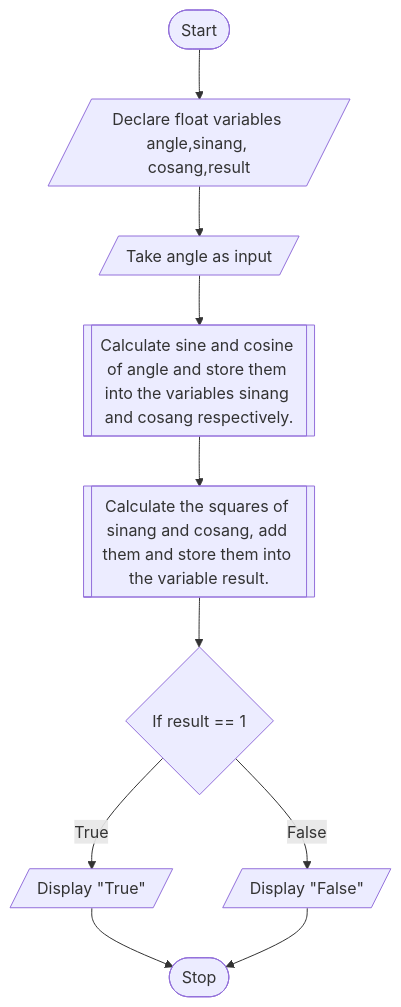
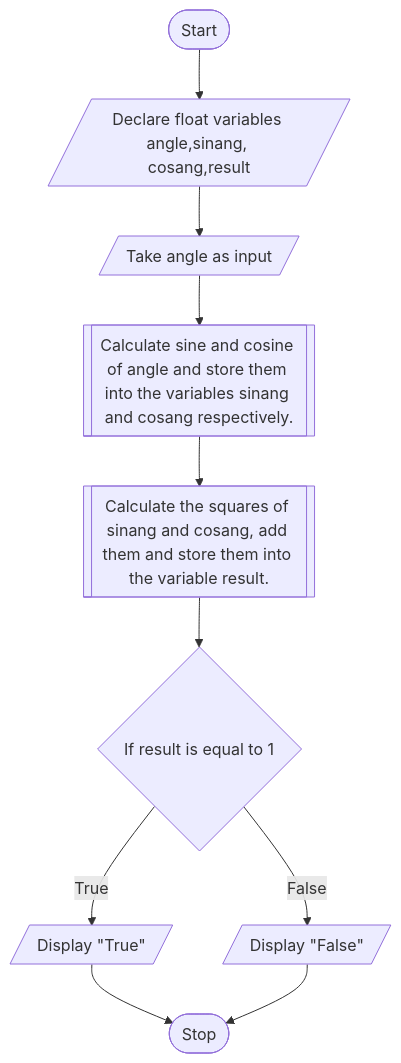
The diagram in Chapter-4/Pseudocodes/Problem4.md (Sree2011/Exercises-c-java-python), drawn with Mermaid before and after one commit. The commit also changed other lines of this file and 1 other file, not shown here.

````diff
--- a/Chapter-4/Pseudocodes/Problem4.md
+++ b/Chapter-4/Pseudocodes/Problem4.md
@@ -32,12 +33,12 @@
 ```mermaid
 flowchart TD
 A([Start]) --> B[/Declare float variables angle,sinang, cosang,result/]
 B --> C[/Take angle as input/]
 C --> D[[Calculate sine and cosine of angle and store them into the variables sinang and cosang respectively.]]
 D --> E[[ Calculate the squares of sinang and cosang, add them and store them into the variable result.]]
-E --> F{If result == 1}
+E --> F{If result is equal to 1}
 F --> |True|G[/Display "True"/]
 F --> |False|H[/Display "False"/]
 G --> I([Stop])
 H --> I
 ```
````
